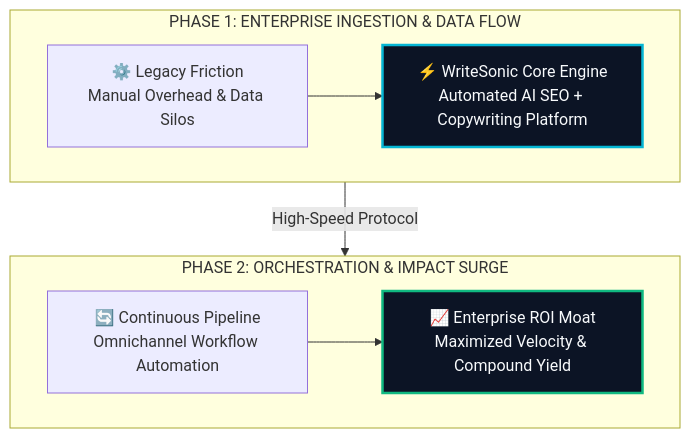
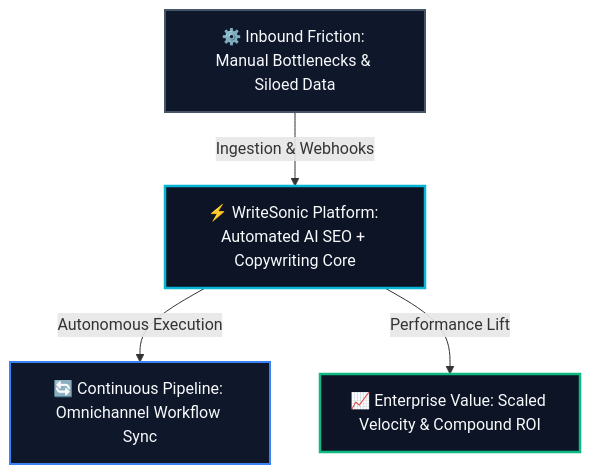
One commit to heliatech-media/saas-radar changed the diagram in site/src/content/blog/writesonic-evolution-guide-2026.md. Above: the diagram before and after it, drawn with Mermaid. The commit also changed 93 other files, not shown here.

First line of the commit message:
fix(diagrams): resolve dagre-d3 subgraph collision by migrating to balanced 3-tier Hub & Spoke architecture

````diff
--- a/site/src/content/blog/writesonic-evolution-guide-2026.md
+++ b/site/src/content/blog/writesonic-evolution-guide-2026.md
@@ -61,14 +61,14 @@
 ```mermaid
 flowchart TD
-    subgraph S1["PHASE 1: ENTERPRISE INGESTION & DATA FLOW"]
-        direction LR
-        A["⚙️ Legacy Friction<br/>Manual Overhead & Data Silos"] --> B["⚡ WriteSonic Core Engine<br/>Automated AI SEO + Copywriting Platform"]
-    end
-    subgraph S2["PHASE 2: ORCHESTRATION & IMPACT SURGE"]
-        direction LR
-        C["🔄 Continuous Pipeline<br/>Omnichannel Workflow Automation"] --> D["📈 Enterprise ROI Moat<br/>Maximized Velocity & Compound Yield"]
-    end
-    S1 -->|High-Speed Protocol| S2
-    style B fill:#0c1425,stroke:#06b6d4,stroke-width:2.5px,color:#f8fafc
-    style D fill:#0c1425,stroke:#10b981,stroke-width:2.5px,color:#f8fafc
+    Inp["⚙️ Inbound Friction: Manual Bottlenecks & Siloed Data"]
+    Eng["⚡ WriteSonic Platform: Automated AI SEO + Copywriting Core"]
+    Out1["🔄 Continuous Pipeline: Omnichannel Workflow Sync"]
+    Out2["📈 Enterprise Value: Scaled Velocity & Compound ROI"]
+    Inp -->|Ingestion & Webhooks| Eng
+    Eng -->|Autonomous Execution| Out1
+    Eng -->|Performance Lift| Out2
+    style Inp fill:#0f172a,stroke:#475569,stroke-width:2px,color:#f8fafc
+    style Eng fill:#0c1425,stroke:#06b6d4,stroke-width:2.5px,color:#f8fafc
+    style Out1 fill:#0f172a,stroke:#3b82f6,stroke-width:2px,color:#f8fafc
+    style Out2 fill:#0c1425,stroke:#10b981,stroke-width:2.5px,color:#f8fafc
 ```
````
